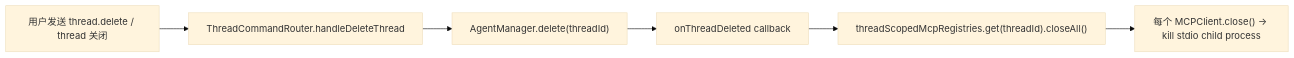
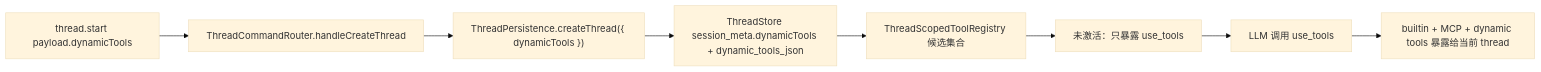
Before and after one commit to Lixuhang987/Wisp-Pocket: the first of 4 diagrams in docs/medium-powers/plans/2026-06-19-plugin-system.md, drawn with Mermaid (base theme). The commit also changed other lines of this file and 1 other file, not shown here.

Commit message:
docs: revise plugin system dynamic tools spec

````diff
--- a/docs/medium-powers/plans/2026-06-19-plugin-system.md
+++ b/docs/medium-powers/plans/2026-06-19-plugin-system.md
@@ -194,8 +52,10 @@
 ```mermaid
 flowchart LR
-    A["用户发送 thread.delete / thread 关闭"] --> B["ThreadCommandRouter.handleDeleteThread"]
-    B --> C["AgentManager.delete(threadId)"]
-    C --> D["onThreadDeleted callback"]
-    D --> E["threadScopedMcpRegistries.get(threadId).closeAll()"]
-    E --> F["每个 MCPClient.close() → kill stdio child process"]
+  A["thread.start payload.dynamicTools"] --> B["ThreadCommandRouter.handleCreateThread"]
+  B --> C["ThreadPersistence.createThread({ dynamicTools })"]
+  C --> D["ThreadStore session_meta.dynamicTools + dynamic_tools_json"]
+  D --> E["ThreadScopedToolRegistry 候选集合"]
+  E --> F["未激活：只暴露 use_tools"]
+  F --> G["LLM 调用 use_tools"]
+  G --> H["builtin + MCP + dynamic tools 暴露给当前 thread"]
 ```
````
